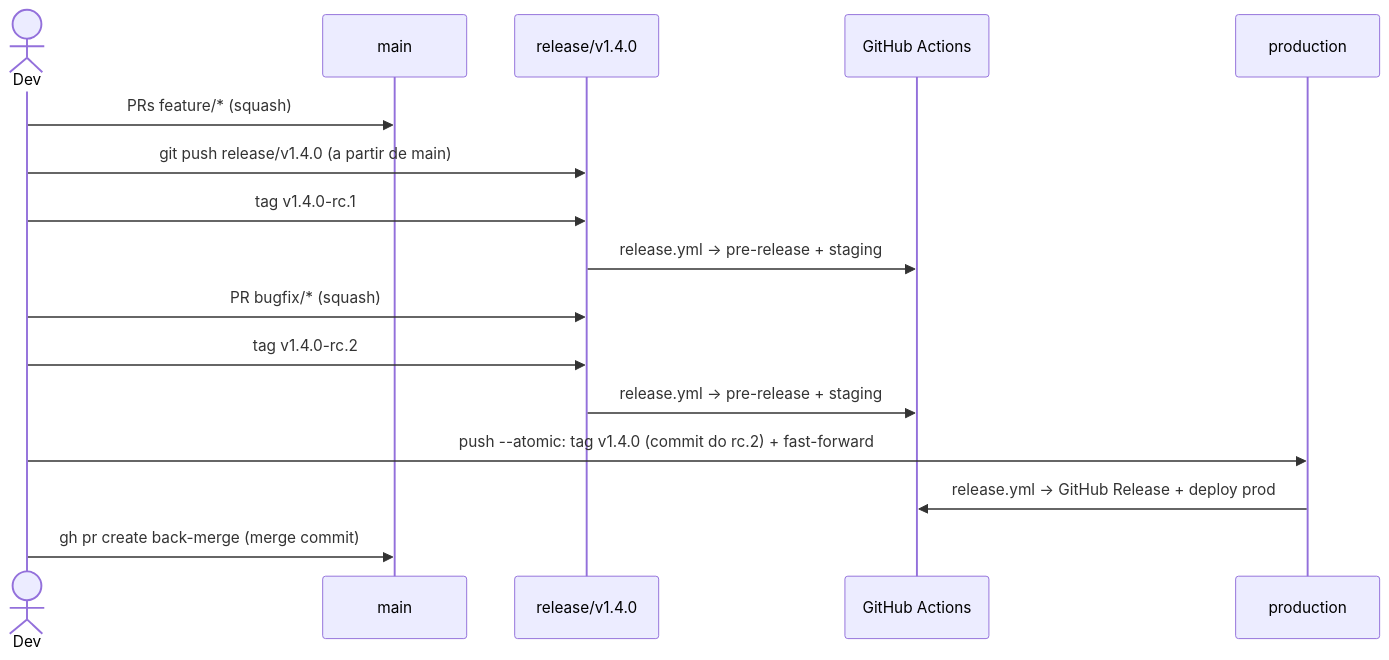
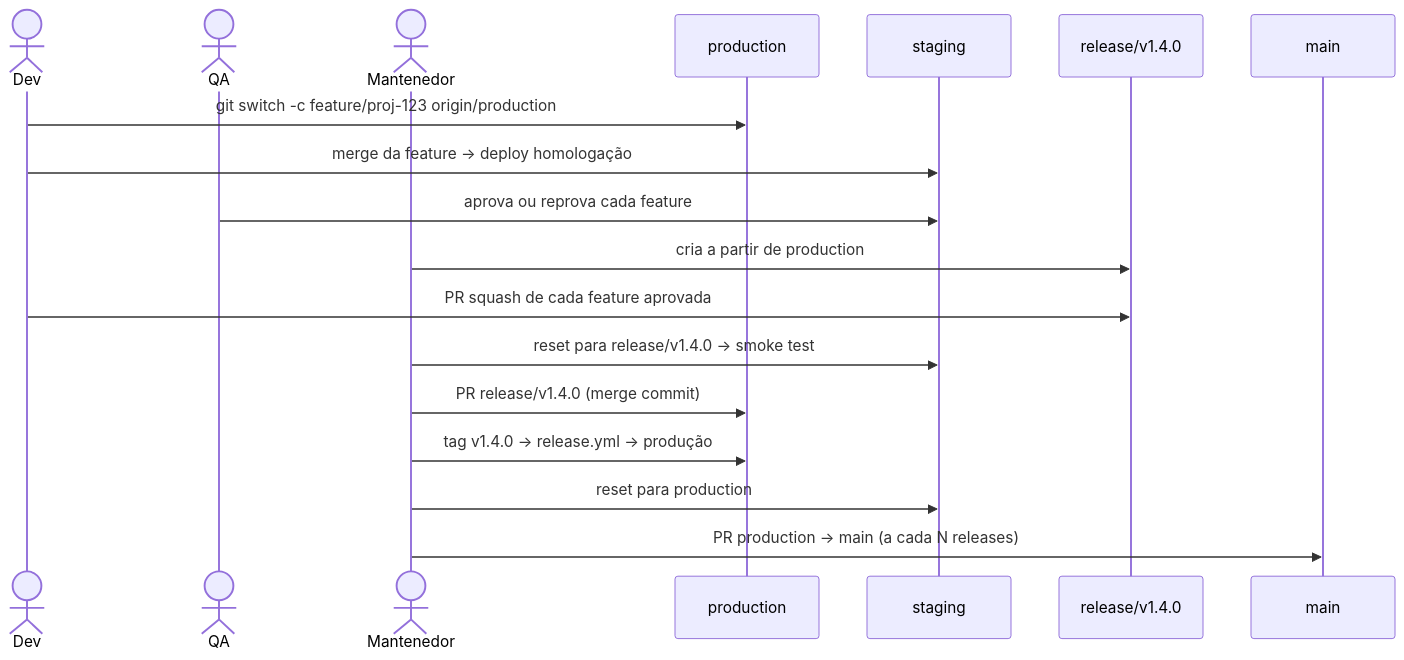
The diagram in GitFlow/03-releases-e-tags.md (uesleinasch/ConventionsCode), drawn with Mermaid before and after one commit. The commit also changed other lines of this file and 22 other files, not shown here.

First line of the commit message:
feat(gitflow)!: adota release seletiva a partir de production com staging opcional (#4)

````diff
--- a/GitFlow/03-releases-e-tags.md
+++ b/GitFlow/03-releases-e-tags.md
@@ -26,19 +26,21 @@
 ```mermaid
 sequenceDiagram
     actor Dev
+    actor QA
+    actor Mant as Mantenedor
+    participant prod as production
+    participant stg as staging
+    participant rel as release/v1.4.0
     participant main
-    participant rel as release/v1.4.0
-    participant gh as GitHub Actions
-    participant prod as production
 
-    Dev->>main: PRs feature/* (squash)
-    Dev->>rel: git push release/v1.4.0 (a partir de main)
-    Dev->>rel: tag v1.4.0-rc.1
-    rel->>gh: release.yml → pre-release + staging
-    Dev->>rel: PR bugfix/* (squash)
-    Dev->>rel: tag v1.4.0-rc.2
-    rel->>gh: release.yml → pre-release + staging
-    Dev->>prod: push --atomic: tag v1.4.0 (commit do rc.2) + fast-forward
-    prod->>gh: release.yml → GitHub Release + deploy prod
-    Dev->>main: gh pr create back-merge (merge commit)
+    Dev->>prod: git switch -c feature/proj-123 origin/production
+    Dev->>stg: merge da feature → deploy homologação
+    QA->>stg: aprova ou reprova cada feature
+    Mant->>rel: cria a partir de production
+    Dev->>rel: PR squash de cada feature aprovada
+    Mant->>stg: reset para release/v1.4.0 → smoke test
+    Mant->>prod: PR release/v1.4.0 (merge commit)
+    Mant->>prod: tag v1.4.0 → release.yml → produção
+    Mant->>stg: reset para production
+    Mant->>main: PR production → main (a cada N releases)
 ```
````
